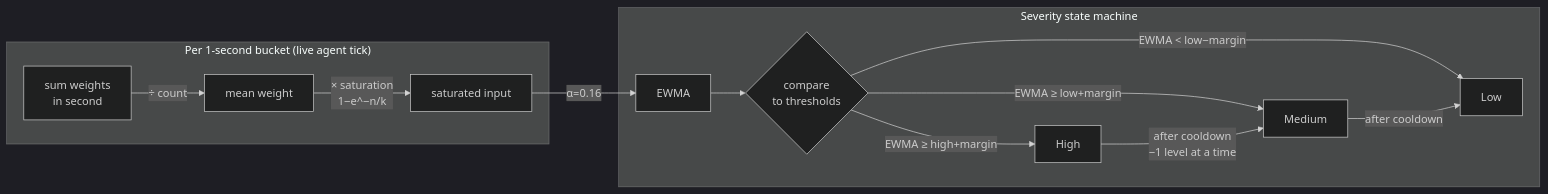
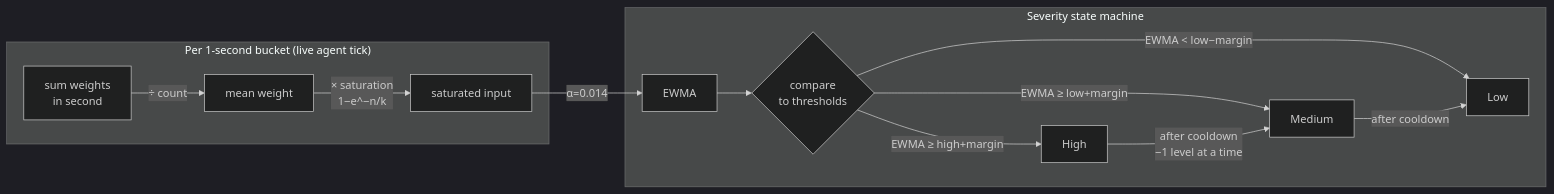
Before and after one commit to DataDog/datadog-agent: the third of 4 diagrams in internal/qbranch/anomalydetection-testbench/ANOMALY_SCORING.md, drawn with Mermaid (dark theme). The commit also changed other lines of this file and 1 other file, not shown here.

First line of the commit message:
feat(timeline): log-scale sliders, relative margin, calibrated defaults

````diff
--- a/internal/qbranch/anomalydetection-testbench/ANOMALY_SCORING.md
+++ b/internal/qbranch/anomalydetection-testbench/ANOMALY_SCORING.md
@@ -51,19 +51,19 @@
 ```mermaid
 flowchart LR
     subgraph "Per 1-second bucket (live agent tick)"
         B1[sum weights\nin second] -->|÷ count| MW[mean weight]
         MW -->|× saturation\n1−e^−n/k| SI[saturated input]
     end
 
-    SI -->|α=0.16| EW[EWMA]
+    SI -->|α=0.014| EW[EWMA]
 
     subgraph "Severity state machine"
         EW --> CMP{compare\nto thresholds}
         CMP -- EWMA ≥ high+margin  --> H[High]
         CMP -- EWMA ≥ low+margin   --> M[Medium]
         CMP -- EWMA < low−margin   --> L[Low]
 
         H -->|after cooldown\n−1 level at a time| M
         M -->|after cooldown| L
     end
 ```
````
